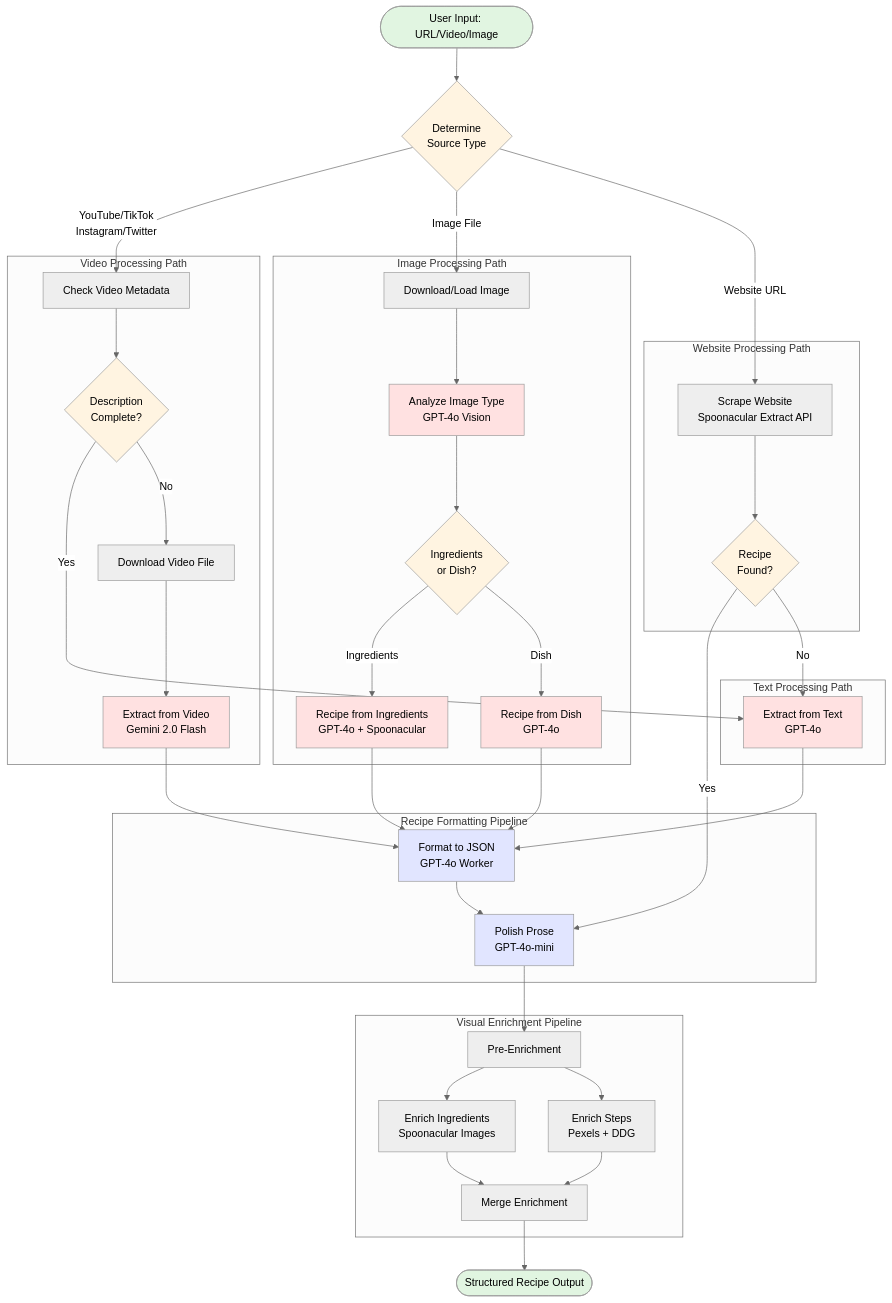
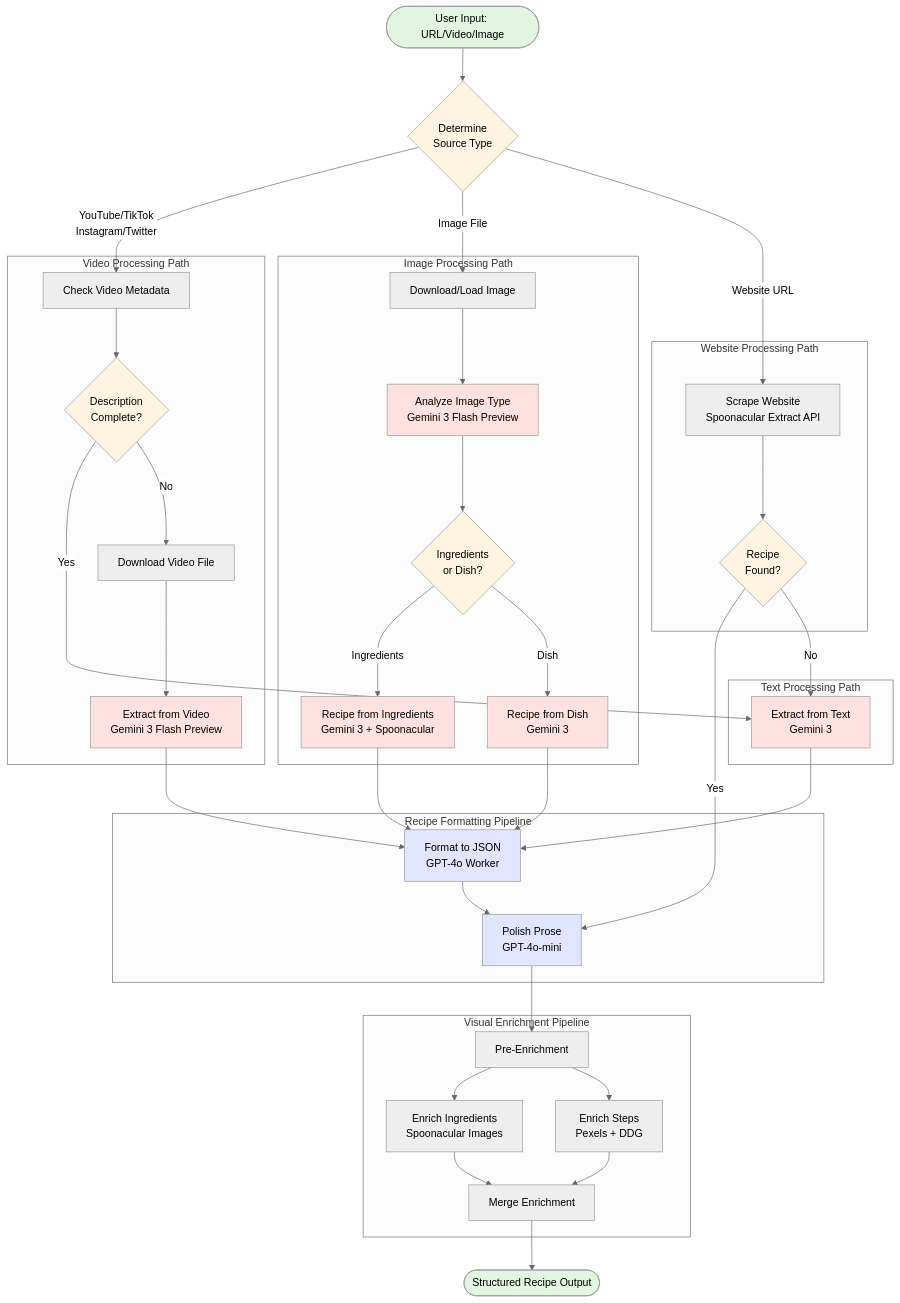
The third of 6 diagrams in HACK.md (SteveRogersBD/Raven), drawn with Mermaid (neutral theme) before and after one commit. The commit also changed other lines of this file and 3 other files, not shown here.

```diff
--- a/HACK.md
+++ b/HACK.md
@@ -221,15 +222,15 @@
         CheckMeta[Check Video Metadata]
         MetaRouter{Description<br/>Complete?}
         Download[Download Video File]
-        ExtractVideo[Extract from Video<br/>Gemini 2.0 Flash]
+        ExtractVideo[Extract from Video<br/>Gemini 3 Flash Preview]
     end
     
     subgraph ImagePath["Image Processing Path"]
         ProcessImage[Download/Load Image]
-        AnalyzeImage[Analyze Image Type<br/>GPT-4o Vision]
+        AnalyzeImage[Analyze Image Type<br/>Gemini 3 Flash Preview]
         ImageRouter{Ingredients<br/>or Dish?}
-        FromIngredients[Recipe from Ingredients<br/>GPT-4o + Spoonacular]
-        FromDish[Recipe from Dish<br/>GPT-4o]
+        FromIngredients[Recipe from Ingredients<br/>Gemini 3 + Spoonacular]
+        FromDish[Recipe from Dish<br/>Gemini 3]
     end
     
     subgraph WebPath["Website Processing Path"]
@@ -238,7 +239,7 @@
     end
     
     subgraph TextPath["Text Processing Path"]
-        ExtractText[Extract from Text<br/>GPT-4o]
+        ExtractText[Extract from Text<br/>Gemini 3]
     end
     
     subgraph FormattingPipeline["Recipe Formatting Pipeline"]
```
